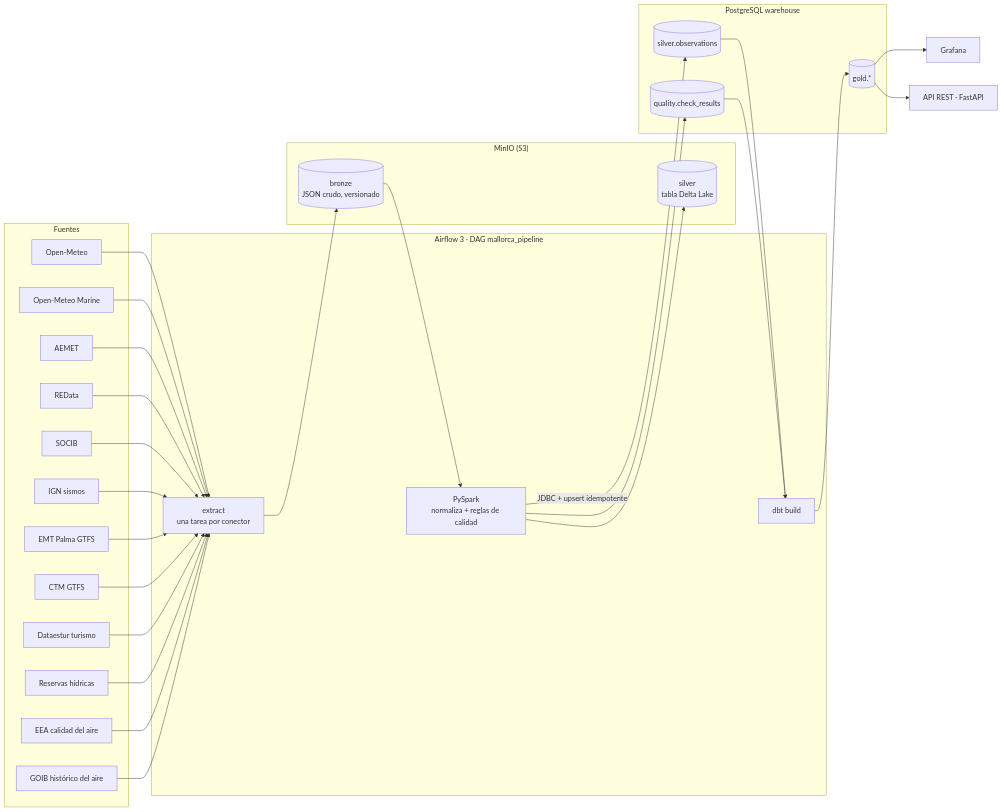
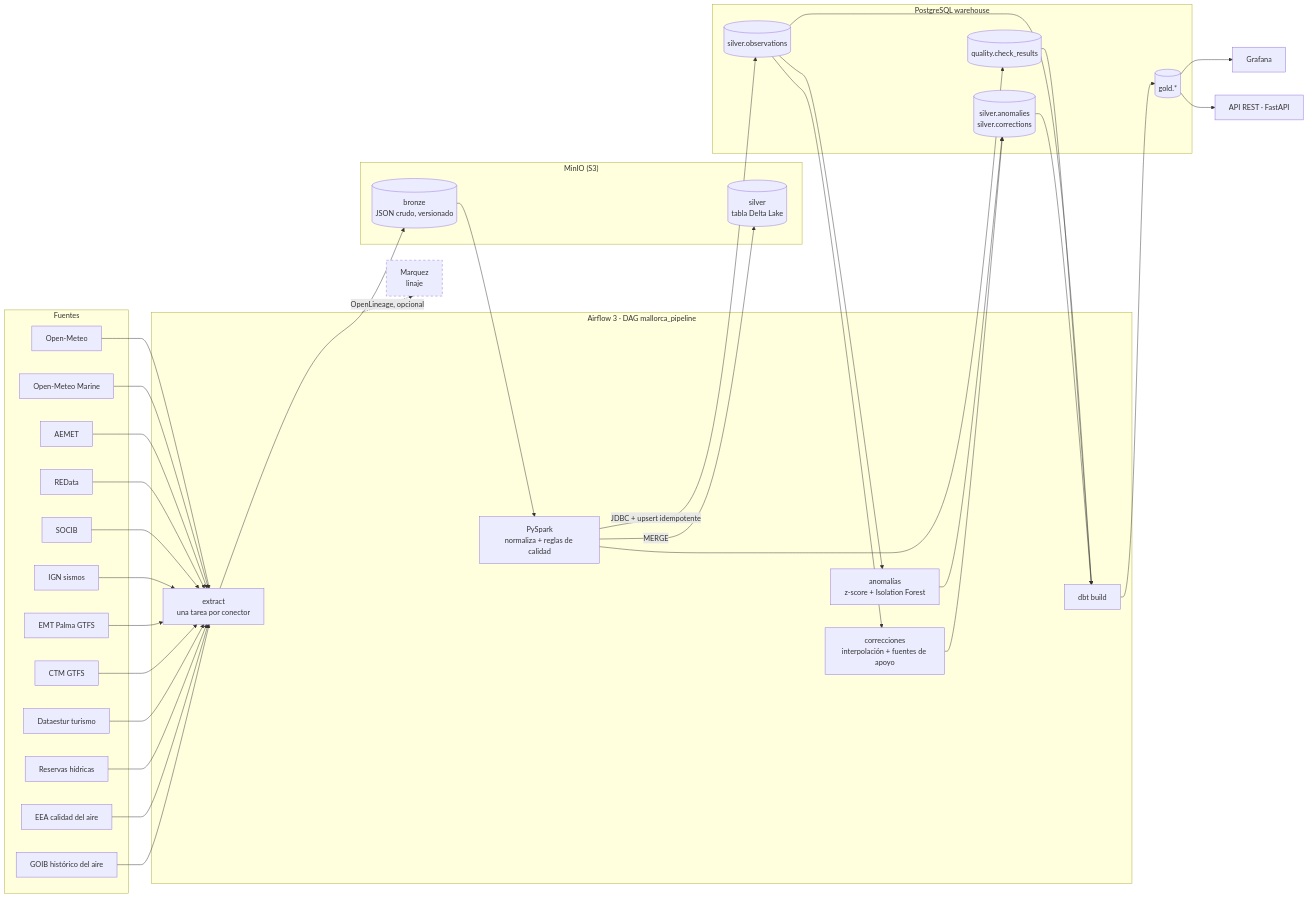
Before and after one commit to AlexandreColl/MallorcaDataPlatform: the diagram in README.md, drawn with Mermaid. The commit also changed other lines of this file, not shown here.

Commit message:
📝 docs: show anomalies, corrections and lineage in the architecture

````diff
--- a/README.md
+++ b/README.md
@@ -24,38 +24,44 @@
 ```mermaid
 flowchart LR
     subgraph Fuentes
         OM[Open-Meteo]
         OMM[Open-Meteo Marine]
         AE[AEMET]
         RD[REData]
         SO[SOCIB]
         IG[IGN sismos]
         EM[EMT Palma GTFS]
         CT[CTM GTFS]
         DE[Dataestur turismo]
         WR[Reservas hídricas]
         EA[EEA calidad del aire]
         GO[GOIB histórico del aire]
     end
     subgraph Airflow["Airflow 3 · DAG mallorca_pipeline"]
         EX[extract<br/>una tarea por conector]
         SP[PySpark<br/>normaliza + reglas de calidad]
+        AN[anomalías<br/>z-score + Isolation Forest]
+        CO[correcciones<br/>interpolación + fuentes de apoyo]
         DBT[dbt build]
     end
     subgraph MinIO["MinIO (S3)"]
         BR[(bronze<br/>JSON crudo, versionado)]
         SL[(silver<br/>tabla Delta Lake)]
     end
     subgraph PG[PostgreSQL warehouse]
         SV[(silver.observations)]
         QC[(quality.check_results)]
+        AC[(silver.anomalies<br/>silver.corrections)]
         GD[(gold.*)]
     end
     OM & OMM & AE & RD & SO & IG & EM & CT & DE & WR & EA & GO --> EX --> BR --> SP
-    SP --> SL
+    SP -->|MERGE| SL
     SP -->|JDBC + upsert idempotente| SV
     SP --> QC
-    SV & QC --> DBT --> GD --> GF[Grafana]
+    SV --> AN --> AC
+    SV --> CO --> AC
+    SV & QC & AC --> DBT --> GD --> GF[Grafana]
     GD --> API[API REST · FastAPI]
+    Airflow -.->|OpenLineage, opcional| MQ[Marquez<br/>linaje]:::next
     classDef next stroke-dasharray: 5 5
 ```
````
